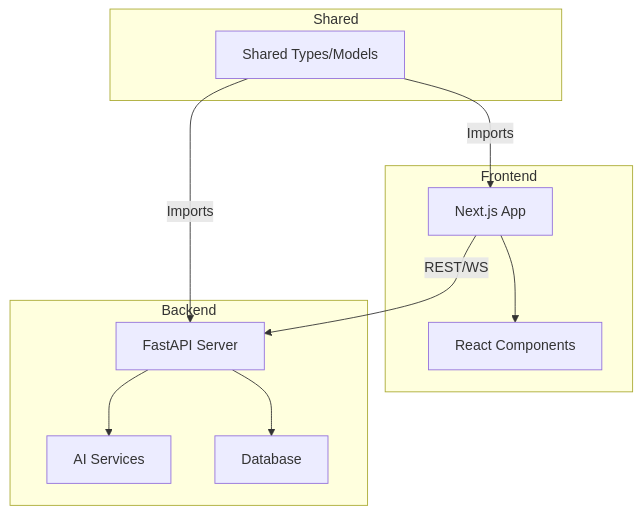
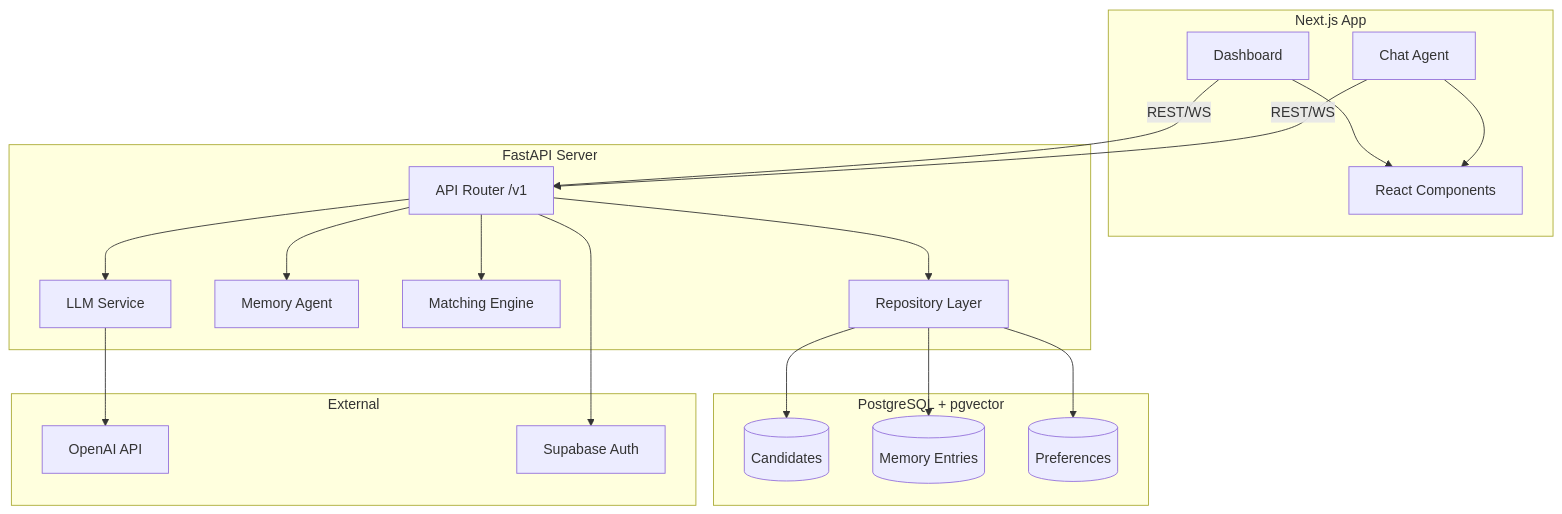
The diagram in README.md (ckih/Memora_ai), drawn with Mermaid before and after one commit. The commit also changed other lines of this file and 9 other files, not shown here.

````diff
--- a/README.md
+++ b/README.md
@@ -7,16 +7,24 @@
 ```mermaid
 graph TD
-    subgraph Frontend
-        A[Next.js App] --> B[React Components]
+    subgraph Frontend [Next.js App]
+        A[Dashboard] --> B[React Components]
+        C[Chat Agent] --> B
     end
-    subgraph Backend
-        C[FastAPI Server] --> D[AI Services]
-        C --> E[Database]
+    subgraph Backend [FastAPI Server]
+        D[API Router /v1] --> E[LLM Service]
+        D --> F[Memory Agent]
+        D --> G[Matching Engine]
+        D --> H[Repository Layer]
     end
-    subgraph Shared
-        F[Shared Types/Models]
+    subgraph Database [PostgreSQL + pgvector]
+        H --> I[(Candidates)]
+        H --> J[(Memory Entries)]
+        H --> K[(Preferences)]
     end
-    A -- REST/WS --> C
-    F -- Imports --> A
-    F -- Imports --> C
+    subgraph External
+        E --> L[OpenAI API]
+        D --> M[Supabase Auth]
+    end
+    A -- REST/WS --> D
+    C -- REST/WS --> D
 ```
````
